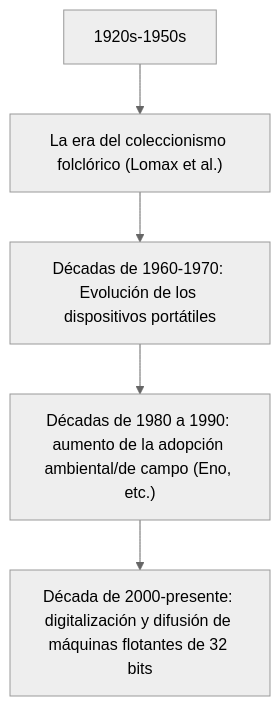
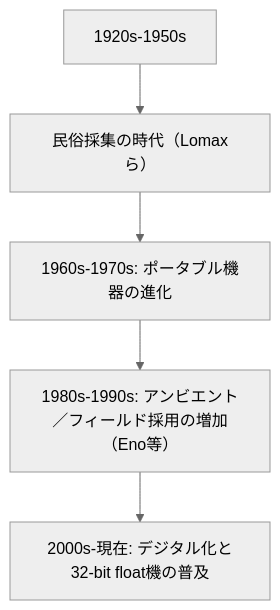
Before and after one commit to monumental-movement/monumental-movement.github.io: the diagram in es/_posts/2025-09-30-Column-Field-Recording.md, drawn with Mermaid (neutral theme). The commit also changed other lines of this file and 299 other files, not shown here.

```diff
--- a/es/_posts/2025-09-30-Column-Field-Recording.md
+++ b/es/_posts/2025-09-30-Column-Field-Recording.md
@@ -43,7 +43,7 @@
 <div class="mermaid">
 flowchart TD
-  A["1920s-1950s"] --> B["La era del coleccionismo folclórico (Lomax et al.)"]
-  B --> C["Décadas de 1960-1970: Evolución de los dispositivos portátiles"]
-  C --> D["Décadas de 1980 a 1990: aumento de la adopción ambiental/de campo (Eno, etc.)"]
-  D --> E["Década de 2000-presente: digitalización y difusión de máquinas flotantes de 32 bits"]
+  A["1920s-1950s"] --> B["民俗採集の時代（Lomaxら）"]
+  B --> C["1960s-1970s: ポータブル機器の進化"]
+  C --> D["1980s-1990s: アンビエント／フィールド採用の増加（Eno等）"]
+  D --> E["2000s-現在: デジタル化と32-bit float機の普及"]
 </div>
```
